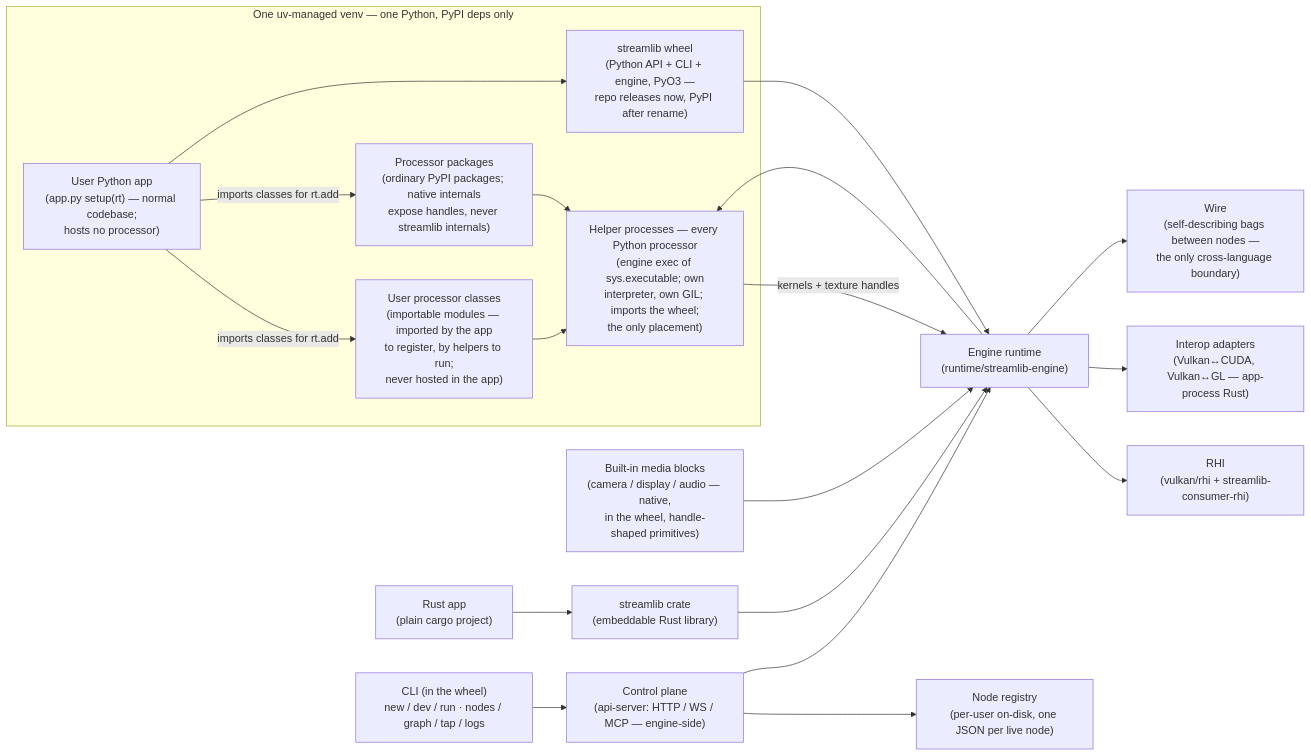
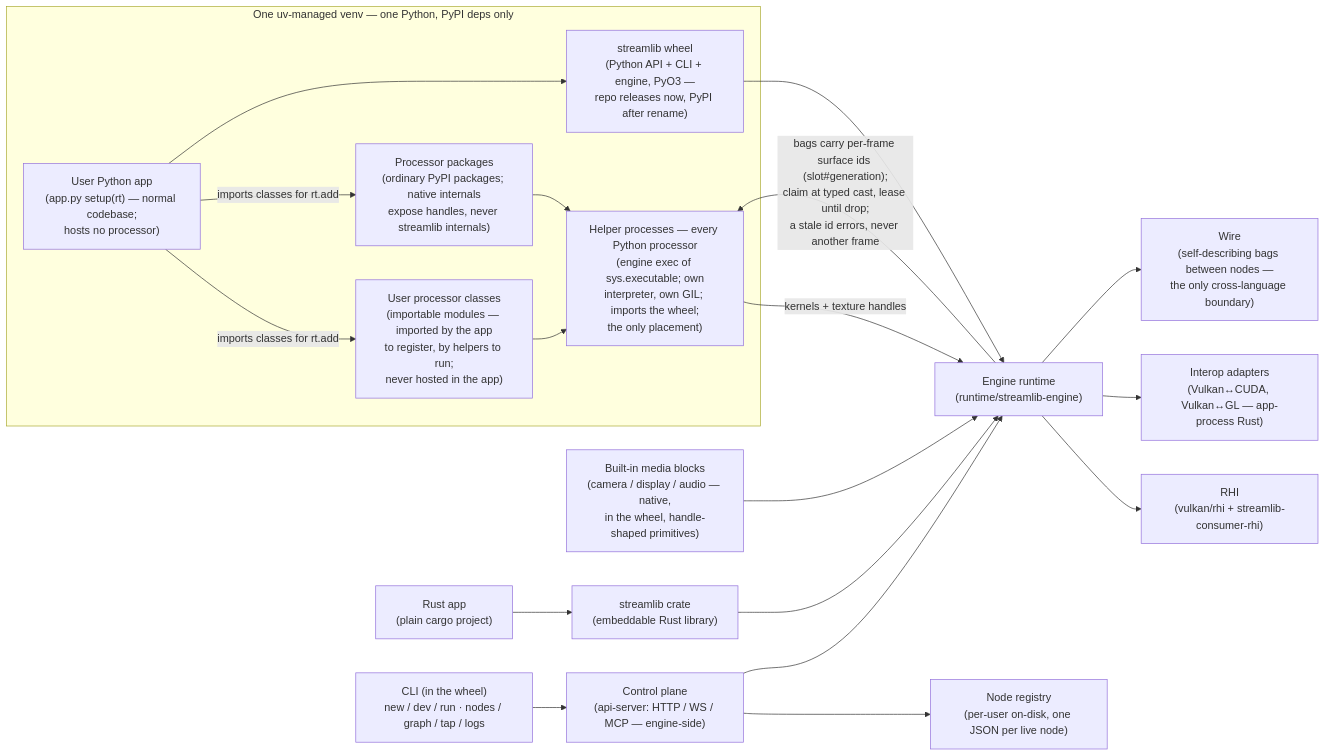
One commit to tatolab/streamlib changed the diagram in docs/plan/diagrams/system.mmd. Above: the diagram before and after it, drawn with Mermaid. The commit also changed 2 other files, not shown here.

Commit message:
docs(plan): ship surface-id-lifetime-contract — a surface id names the frame (#1878)
Folds the contract into §Packages & extension model as SHIPPED (#1868,
#1869, #1871, #1877), with the two facts the implementation added under
the owner's authorization: the published id is slot#generation with the
#<digits> suffix reserved to the pool grammar, and a stale id fails
loudly at resolve/checkout rather than resolving to the recycled slot.
The handle-shaped interop entry gains the export source clause; the
system diagram labels the engine→helper frame exchange; the change file
archives under its last PR's merge date.

```diff
--- a/docs/plan/diagrams/system.mmd
+++ b/docs/plan/diagrams/system.mmd
@@ -1,38 +1,40 @@
 flowchart LR
   subgraph env["One uv-managed venv — one Python, PyPI deps only"]
     app["User Python app\n(app.py setup(rt) — normal codebase;\nhosts no processor)"]
     procs["User processor classes\n(importable modules — imported by the app\nto register, by helpers to run;\nnever hosted in the app)"]
     pkgs["Processor packages\n(ordinary PyPI packages; native internals\nexpose handles, never streamlib internals)"]
     wheel["streamlib wheel\n(Python API + CLI + engine, PyO3 —\nrepo releases now, PyPI after rename)"]
     helper["Helper processes — every Python processor\n(engine exec of sys.executable; own\ninterpreter, own GIL; imports the wheel;\nthe only placement)"]
   end
 
   rustapp["Rust app\n(plain cargo project)"]
   crate["streamlib crate\n(embeddable Rust library)"]
   engine["Engine runtime\n(runtime/streamlib-engine)"]
   media["Built-in media blocks\n(camera / display / audio — native,\nin the wheel, handle-shaped primitives)"]
   rhi["RHI\n(vulkan/rhi + streamlib-consumer-rhi)"]
   interop["Interop adapters\n(Vulkan↔CUDA, Vulkan↔GL — app-process Rust)"]
   ctl["Control plane\n(api-server: HTTP / WS / MCP — engine-side)"]
   cli["CLI (in the wheel)\nnew / dev / run · nodes / graph / tap / logs"]
   wire["Wire\n(self-describing bags between nodes —\nthe only cross-language boundary)"]
 
   registry["Node registry\n(per-user on-disk, one JSON per live node)"]
 
   app -->|imports classes for rt.add| procs
   app -->|imports classes for rt.add| pkgs
   procs --> helper
   pkgs --> helper
   app --> wheel
   wheel --> engine
-  engine --> helper
+  engine -->|"bags carry per-frame surface ids (slot#generation);
+claim at typed cast, lease until drop;
+a stale id errors, never another frame"| helper
   helper -->|kernels + texture handles| engine
   ctl --> registry
   rustapp --> crate
   crate --> engine
   media --> engine
   engine --> rhi
   engine --> interop
   ctl --> engine
   cli --> ctl
   engine --> wire
```
